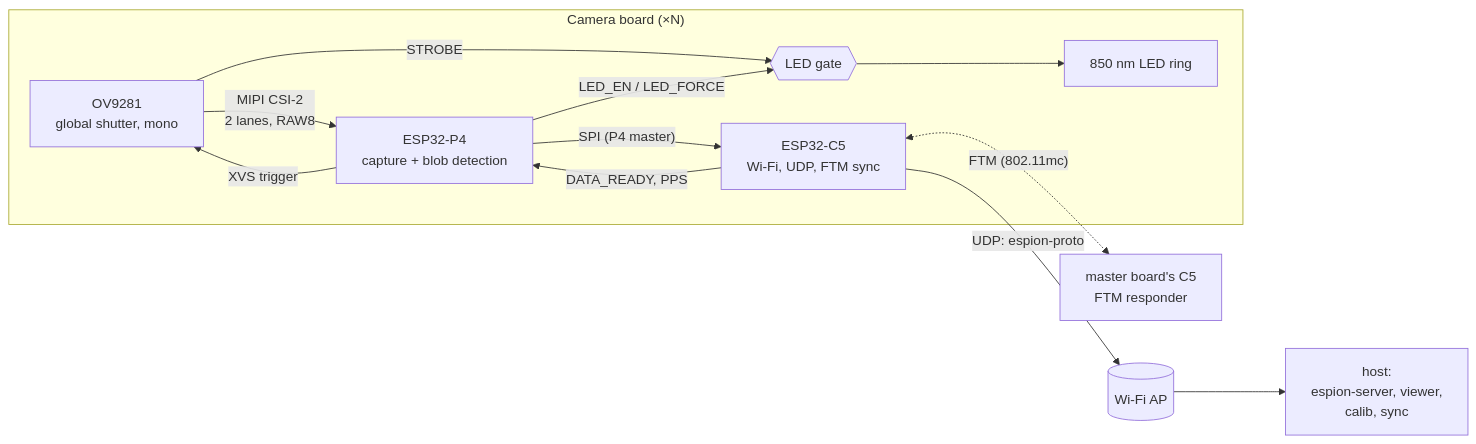
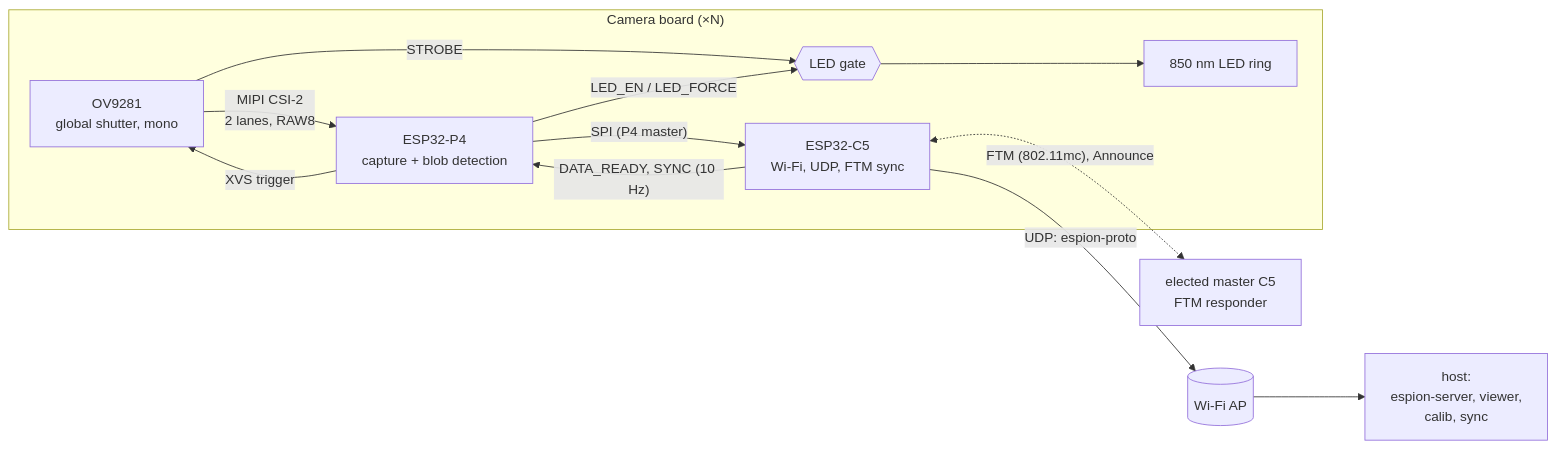
One commit to azais-corentin/espion changed the first of 2 diagrams in docs/architecture.md. Above: the diagram before and after it, drawn with Mermaid. The commit also changed other lines of this file and 20 other files, not shown here.

````diff
--- a/docs/architecture.md
+++ b/docs/architecture.md
@@ -8,15 +8,15 @@
 ```mermaid
 flowchart LR
   subgraph board["Camera board (×N)"]
     S[OV9281<br/>global shutter, mono] -- "MIPI CSI-2<br/>2 lanes, RAW8" --> P4[ESP32-P4<br/>capture + blob detection]
     P4 -- "XVS trigger" --> S
     S -- STROBE --> G{{LED gate}}
     P4 -- "LED_EN / LED_FORCE" --> G
     G --> L[850 nm LED ring]
     P4 -- "SPI (P4 master)" --> C5[ESP32-C5<br/>Wi-Fi, UDP, FTM sync]
-    C5 -- "DATA_READY, PPS" --> P4
+    C5 -- "DATA_READY, SYNC (10 Hz)" --> P4
   end
   C5 -- "UDP: espion-proto" --> AP[(Wi-Fi AP)]
-  C5 <-. "FTM (802.11mc)" .-> M[master board's C5<br/>FTM responder]
+  C5 <-. "FTM (802.11mc), Announce" .-> M[elected master C5<br/>FTM responder]
   AP --> H[host:<br/>espion-server, viewer,<br/>calib, sync]
 ```
````
